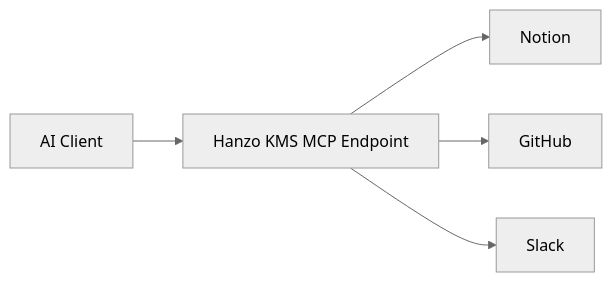
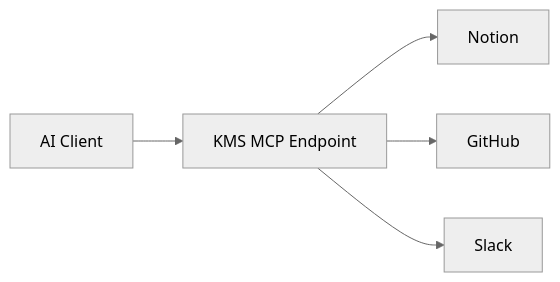
The diagram in docs/documentation/platform/agent-sentinel/concepts/mcp-overview.mdx (hanzoai/kms), drawn with Mermaid (neutral theme) before and after one commit. The commit also changed other lines of this file and 855 other files, not shown here.

````diff
--- a/docs/documentation/platform/agent-sentinel/concepts/mcp-overview.mdx
+++ b/docs/documentation/platform/agent-sentinel/concepts/mcp-overview.mdx
@@ -37,7 +37,7 @@
 ```mermaid
 graph LR
-    A[AI Client] --> B[Hanzo KMS MCP Endpoint]
+    A[AI Client] --> B[KMS MCP Endpoint]
     B --> C[Notion]
     B --> D[GitHub]
     B --> E[Slack]
 ```
````
